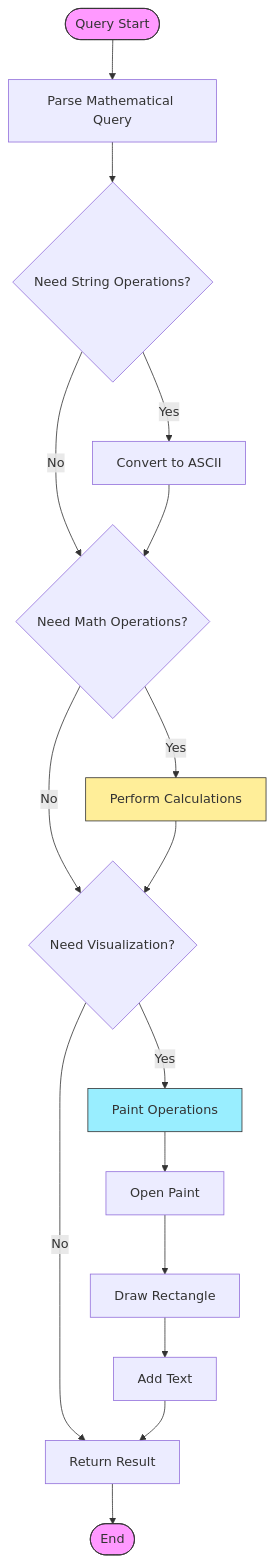
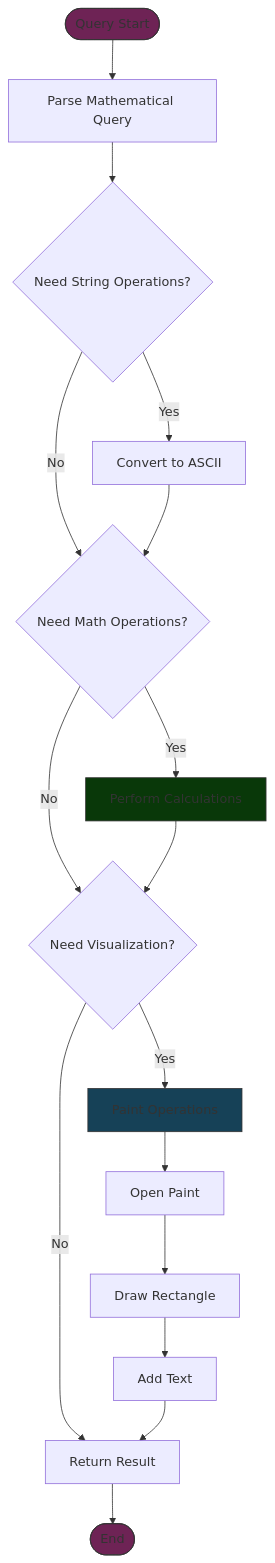
The second of 3 diagrams in Session25/README.md (garima-mahato/ERA_V3), drawn with Mermaid before and after one commit.

````diff
--- a/Session25/README.md
+++ b/Session25/README.md
@@ -57,30 +57,30 @@
 ```mermaid
 flowchart TD
     Start([Query Start]) --> Parse[Parse Mathematical Query]
     Parse --> StringOp{Need String Operations?}
     
     StringOp -->|Yes| ASCII[Convert to ASCII]
     StringOp -->|No| MathOp{Need Math Operations?}
     
     ASCII --> MathOp
     
     MathOp -->|Yes| Calculate[Perform Calculations]
     MathOp -->|No| Visual{Need Visualization?}
     
     Calculate --> Visual
     
     Visual -->|Yes| Paint[Paint Operations]
     Visual -->|No| Result[Return Result]
     
     Paint --> OpenPaint[Open Paint]
     OpenPaint --> DrawRect[Draw Rectangle]
     DrawRect --> AddText[Add Text]
     AddText --> Result
     
     Result --> End([End])
 
-    style Start fill:#f9f,stroke:#333
-    style End fill:#f9f,stroke:#333
-    style Paint fill:#9ef,stroke:#333
-    style Calculate fill:#fe9,stroke:#333
+    style Start fill:#6e2355,stroke:#333
+    style End fill:#6e2355,stroke:#333
+    style Paint fill:#164157,stroke:#333
+    style Calculate fill:#093809,stroke:#333
 ```
````
